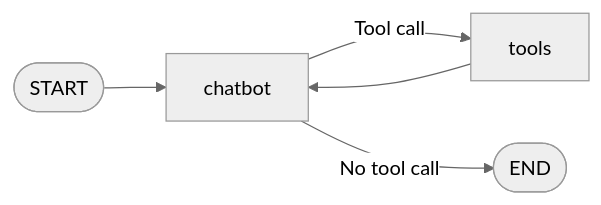
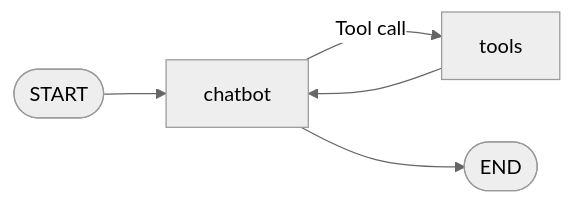
One commit to JayantPrakash/Agentic-Chatbot changed the second of 3 diagrams in README.md. Above: the diagram before and after it, drawn with Mermaid (neutral theme).

Commit message:
Fix formatting in README.md for flowchart

````diff
--- a/README.md
+++ b/README.md
@@ -31,7 +31,7 @@
 ```mermaid
 flowchart LR
     START([START]) --> CHATBOT[chatbot]
     CHATBOT -->|Tool call| TOOLS[tools]
-    CHATBOT -->|No tool call| END([END])
+    CHATBOT --> END([END])
     TOOLS --> CHATBOT
 ```
````
